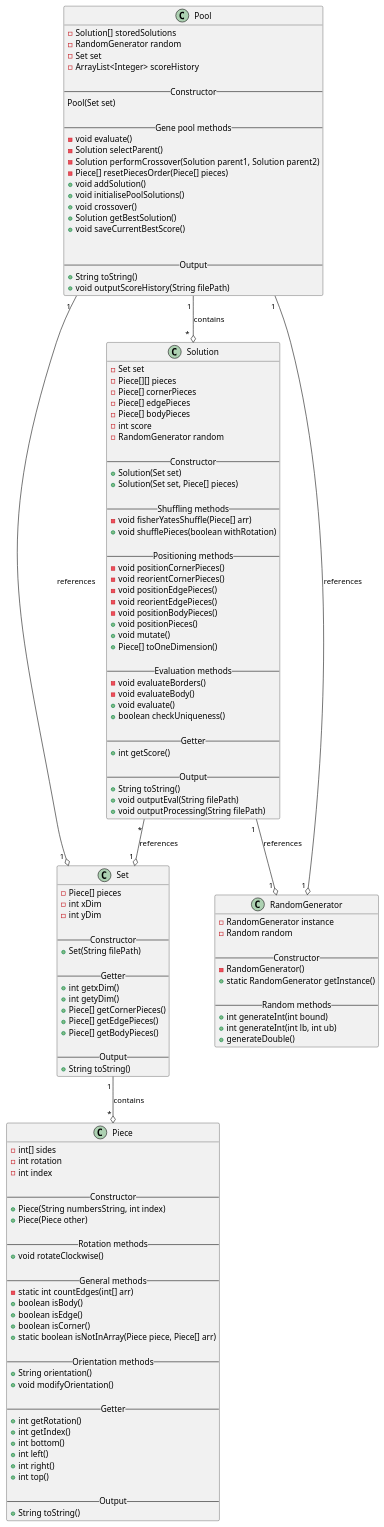
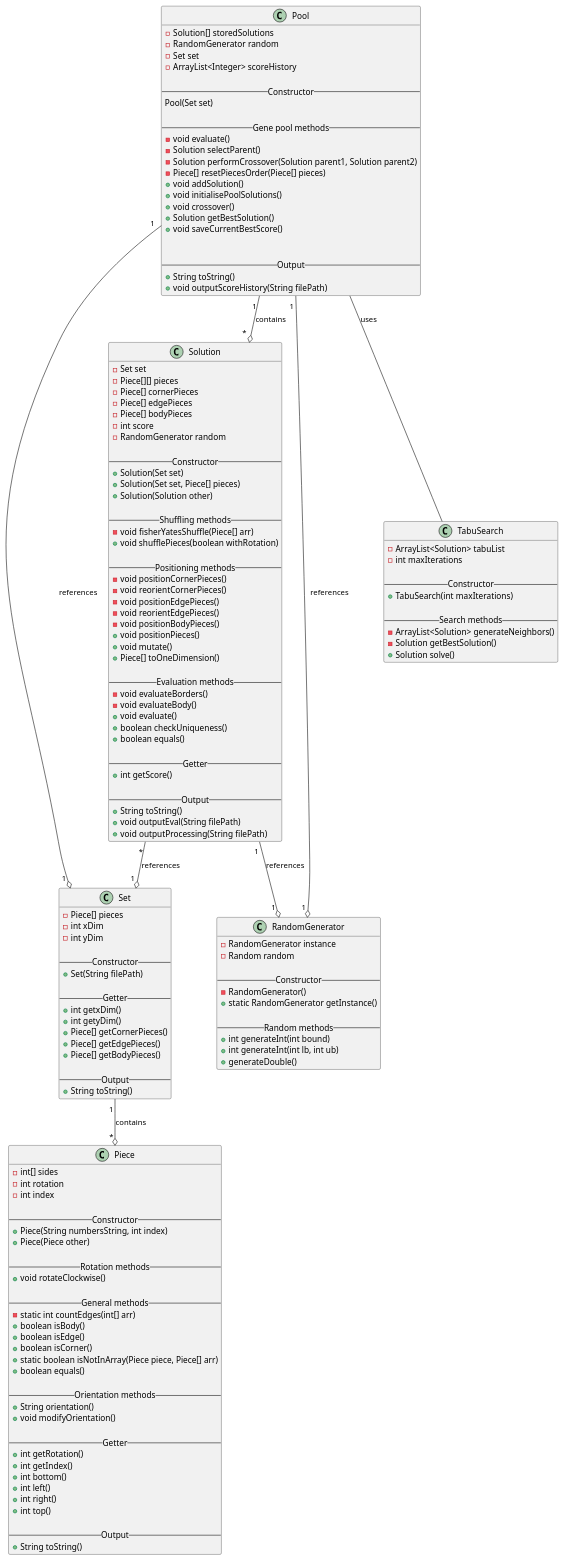
The diagram in docs/classes.puml (romainmrad/Eternity), drawn with PlantUML before and after one commit. The commit also changed 10 other files, not shown here.

Commit message:
Adding new UML diagrams and first TS run

```diff
--- a/docs/classes.puml
+++ b/docs/classes.puml
@@ -1,146 +1,163 @@
 @startuml
 
 class Piece {
     - int[] sides
     - int rotation
     - int index
 
     -- Constructor --
     + Piece(String numbersString, int index)
     + Piece(Piece other)
 
     -- Rotation methods --
     + void rotateClockwise()
 
     -- General methods --
     - static int countEdges(int[] arr)
     + boolean isBody()
     + boolean isEdge()
     + boolean isCorner()
     + static boolean isNotInArray(Piece piece, Piece[] arr)
+    + boolean equals()
 
     -- Orientation methods --
     + String orientation()
     + void modifyOrientation()
 
     -- Getter --
     + int getRotation()
     + int getIndex()
     + int bottom()
     + int left()
     + int right()
     + int top()
 
     -- Output --
     + String toString()
 }
 
 class Set {
     - Piece[] pieces
     - int xDim
     - int yDim
 
     -- Constructor --
     + Set(String filePath)
 
     -- Getter --
     + int getxDim()
     + int getyDim()
     + Piece[] getCornerPieces()
     + Piece[] getEdgePieces()
     + Piece[] getBodyPieces()
 
     -- Output --
     + String toString()
 }
 
 class Solution {
     - Set set
     - Piece[][] pieces
     - Piece[] cornerPieces
     - Piece[] edgePieces
     - Piece[] bodyPieces
     - int score
     - RandomGenerator random
 
     -- Constructor --
     + Solution(Set set)
     + Solution(Set set, Piece[] pieces)
+    + Solution(Solution other)
 
     -- Shuffling methods --
     - void fisherYatesShuffle(Piece[] arr)
     + void shufflePieces(boolean withRotation)
 
     -- Positioning methods --
     - void positionCornerPieces()
     - void reorientCornerPieces()
     - void positionEdgePieces()
     - void reorientEdgePieces()
     - void positionBodyPieces()
     + void positionPieces()
     + void mutate()
     + Piece[] toOneDimension()
 
     -- Evaluation methods --
     - void evaluateBorders()
     - void evaluateBody()
     + void evaluate()
     + boolean checkUniqueness()
+    + boolean equals()
 
     -- Getter --
     + int getScore()
 
     -- Output  --
     + String toString()
     + void outputEval(String filePath)
     + void outputProcessing(String filePath)
 }
 
 class Pool {
     - Solution[] storedSolutions
     - RandomGenerator random
     - Set set
     - ArrayList<Integer> scoreHistory
 
     -- Constructor --
     Pool(Set set)
 
     -- Gene pool methods --
     - void evaluate()
     - Solution selectParent()
     - Solution performCrossover(Solution parent1, Solution parent2)
     - Piece[] resetPiecesOrder(Piece[] pieces)
     + void addSolution()
     + void initialisePoolSolutions()
     + void crossover()
     + Solution getBestSolution()
     + void saveCurrentBestScore()
 
 
     -- Output --
     + String toString()
     + void outputScoreHistory(String filePath)
 }
 
 class RandomGenerator {
     - RandomGenerator instance
     - Random random
 
     -- Constructor --
     - RandomGenerator()
     + static RandomGenerator getInstance()
 
     -- Random methods --
     + int generateInt(int bound)
     + int generateInt(int lb, int ub)
     + generateDouble()
 }
 
+class TabuSearch {
+    - ArrayList<Solution> tabuList
+    - int maxIterations
+
+    -- Constructor --
+    + TabuSearch(int maxIterations)
+
+    -- Search methods --
+    - ArrayList<Solution> generateNeighbors()
+    - Solution getBestSolution()
+    + Solution solve()
+}
+
 Pool " 1 " --o " *  " Solution: contains
 Pool " 1 " --o " 1 " Set: references
 Pool " 1 " --o " 1 " RandomGenerator: references
 Solution " 1 " --o " 1 " RandomGenerator: references
 Solution " * " --o " 1 " Set: references
 Set "1 " --o " * " Piece: contains
+Pool -- TabuSearch: uses
 
 @enduml
```
